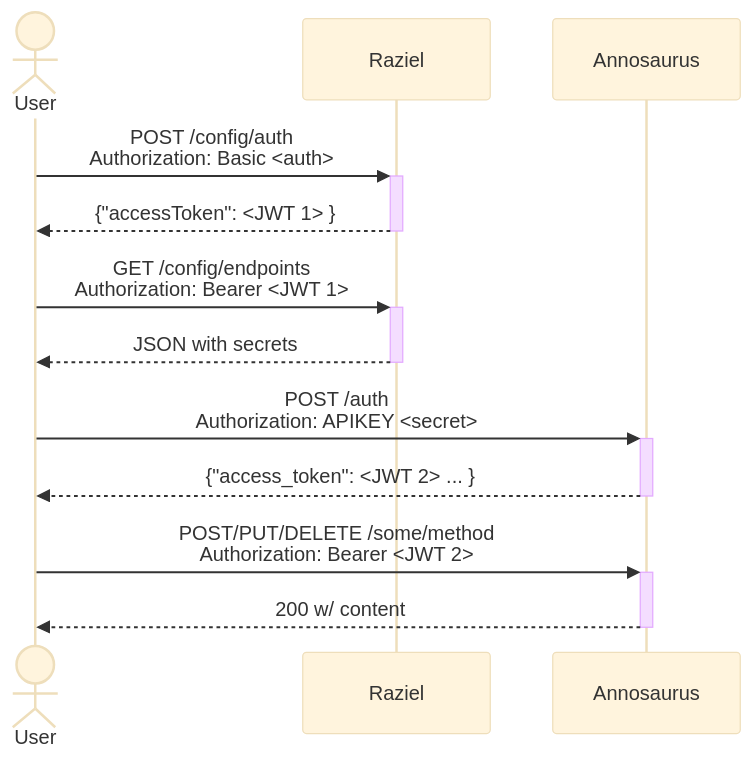
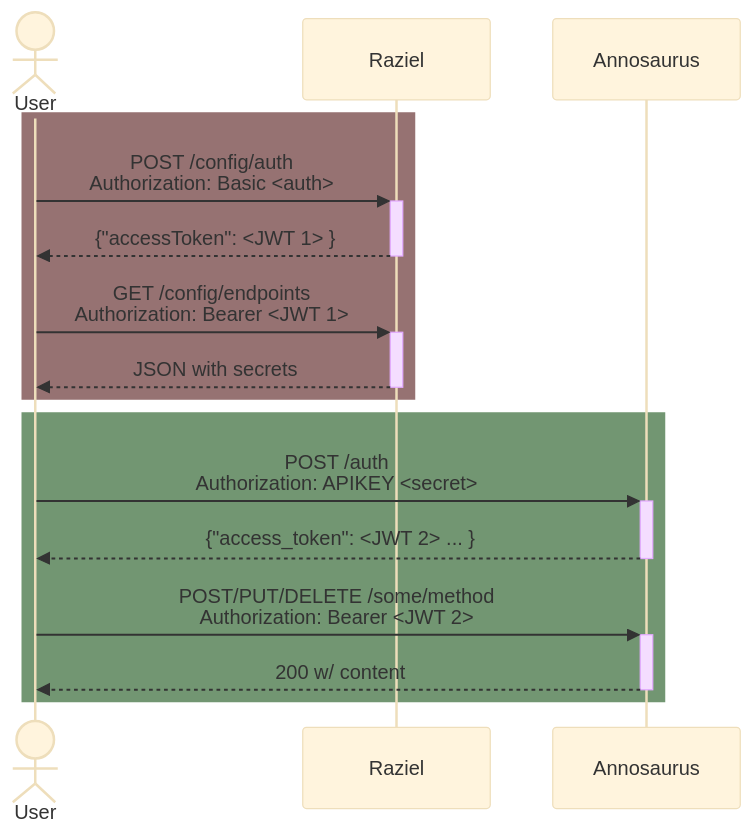
Before and after one commit to mbari-org/raziel: the diagram in README.md, drawn with Mermaid (base theme).

Commit message:
Added color blocks to diagram

````diff
--- a/README.md
+++ b/README.md
@@ -11,16 +11,20 @@
 ```mermaid
 sequenceDiagram 
     actor U as User
     participant R as Raziel
     participant A as Annosaurus
 
+    rect rgb(150, 114, 114)
     U->>+R: POST /config/auth<br/>Authorization: Basic <auth>
     R-->>-U: {"accessToken": <JWT 1> }
     U->>+R: GET /config/endpoints<br/>Authorization: Bearer <JWT 1>
     R-->>-U: JSON with secrets
+    end
+    rect rgb(114, 150, 114)
     U->>+A: POST /auth<br/>Authorization: APIKEY <secret>
     A-->>-U: {"access_token": <JWT 2> ... }
     U->>+A: POST/PUT/DELETE /some/method<br/>Authorization: Bearer <JWT 2>
     A-->>-U: 200 w/ content
+    end
 
 ```
````
